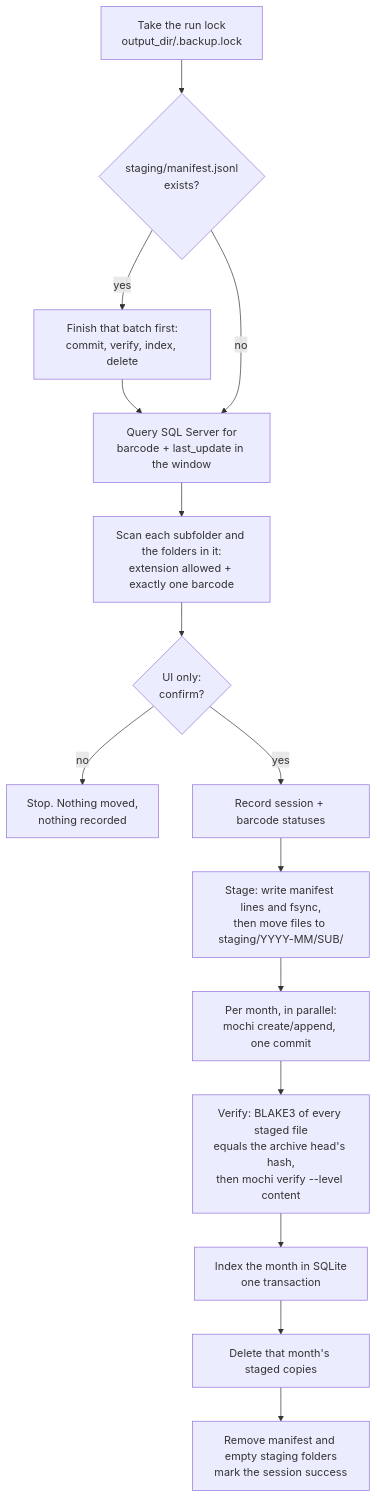
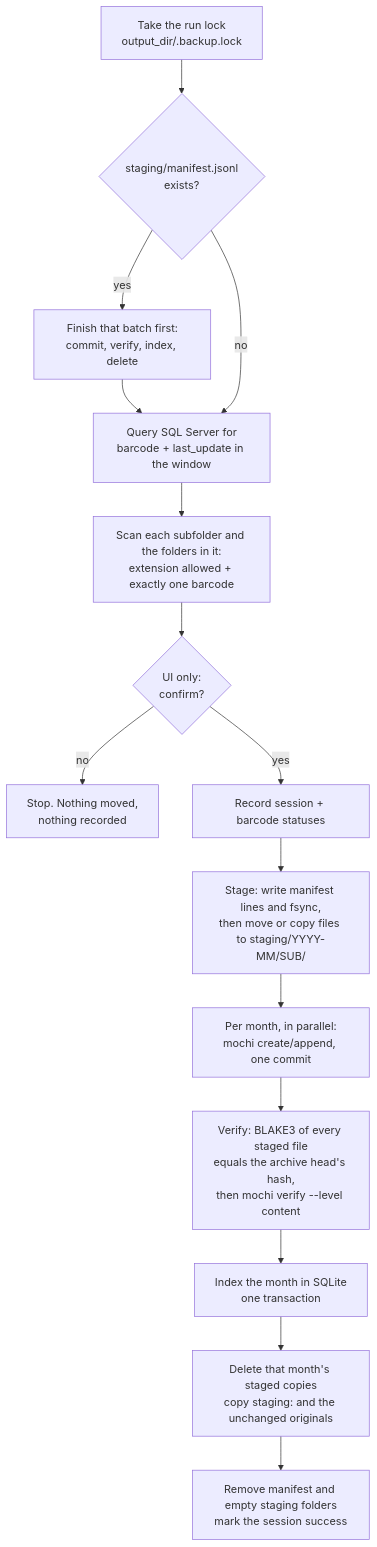
Before and after one commit to Sepiolina/Finisar_Logs_backup: the diagram in docs/how-it-works.md, drawn with Mermaid. The commit also changed other lines of this file and 11 other files, not shown here.

````diff
--- a/docs/how-it-works.md
+++ b/docs/how-it-works.md
@@ -9,17 +9,17 @@
 ```mermaid
 flowchart TD
     L[Take the run lock<br/>output_dir/.backup.lock] --> R{staging/manifest.jsonl<br/>exists?}
     R -- yes --> RF[Finish that batch first:<br/>commit, verify, index, delete]
     RF --> Q
     R -- no --> Q[Query SQL Server for<br/>barcode + last_update in the window]
     Q --> S[Scan each subfolder and the folders in it:<br/>extension allowed + exactly one barcode]
     S --> C{UI only:<br/>confirm?}
     C -- no --> X[Stop. Nothing moved,<br/>nothing recorded]
     C -- yes --> B[Record session + barcode statuses]
-    B --> ST[Stage: write manifest lines and fsync,<br/>then move files to staging/YYYY-MM/SUB/]
+    B --> ST[Stage: write manifest lines and fsync,<br/>then move or copy files to staging/YYYY-MM/SUB/]
     ST --> M[Per month, in parallel:<br/>mochi create/append, one commit]
     M --> V[Verify: BLAKE3 of every staged file<br/>equals the archive head's hash,<br/>then mochi verify --level content]
     V --> I[Index the month in SQLite<br/>one transaction]
-    I --> D[Delete that month's staged copies]
+    I --> D[Delete that month's staged copies<br/>copy staging: and the unchanged originals]
     D --> E[Remove manifest and empty staging folders<br/>mark the session success]
 ```
````
